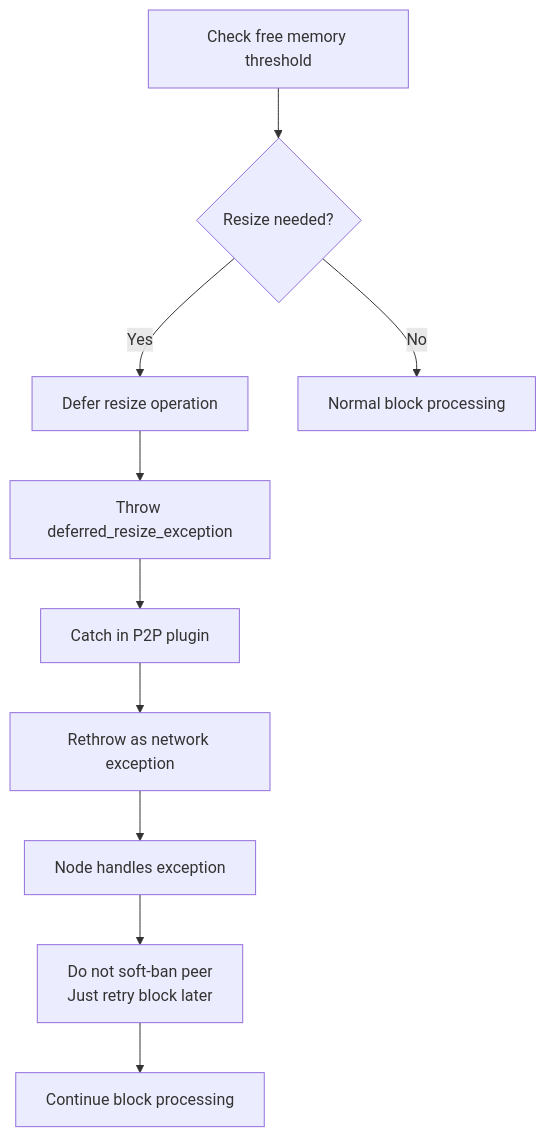
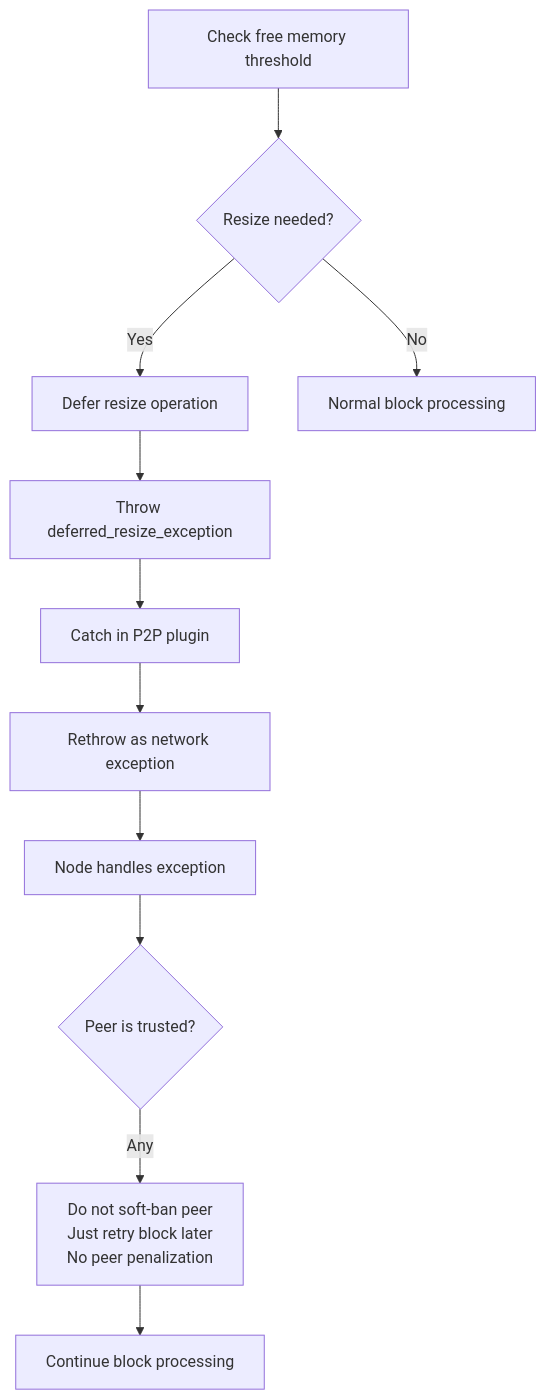
Before and after one commit to VIZ-Blockchain/viz-cpp-node: diagram 11 of 12 in .qoder/repowiki/en/content/Architecture Overview/Core Libraries/Network Library/Peer Connection Management.md, drawn with Mermaid. The commit also changed other lines of this file and 5 other files, not shown here.

````diff
--- a/.qoder/repowiki/en/content/Architecture Overview/Core Libraries/Network Library/Peer Connection Management.md
+++ b/.qoder/repowiki/en/content/Architecture Overview/Core Libraries/Network Library/Peer Connection Management.md
@@ -498,12 +596,13 @@
 ```mermaid
 flowchart TD
 MemoryCheck["Check free memory threshold"] --> ResizeNeeded{"Resize needed?"}
 ResizeNeeded --> |Yes| DeferResize["Defer resize operation"]
 DeferResize --> ThrowException["Throw deferred_resize_exception"]
 ThrowException --> CatchException["Catch in P2P plugin"]
 CatchException --> RethrowNet["Rethrow as network exception"]
 RethrowNet --> NodeHandle["Node handles exception"]
-NodeHandle --> NoSoftBan["Do not soft-ban peer<br/>Just retry block later"]
+NodeHandle --> CheckTrusted{"Peer is trusted?"}
+CheckTrusted --> |Any| NoSoftBan["Do not soft-ban peer<br/>Just retry block later<br/>No peer penalization"]
 NoSoftBan --> ContinueProcessing["Continue block processing"]
 ResizeNeeded --> |No| NormalProcessing["Normal block processing"]
 ```
````
